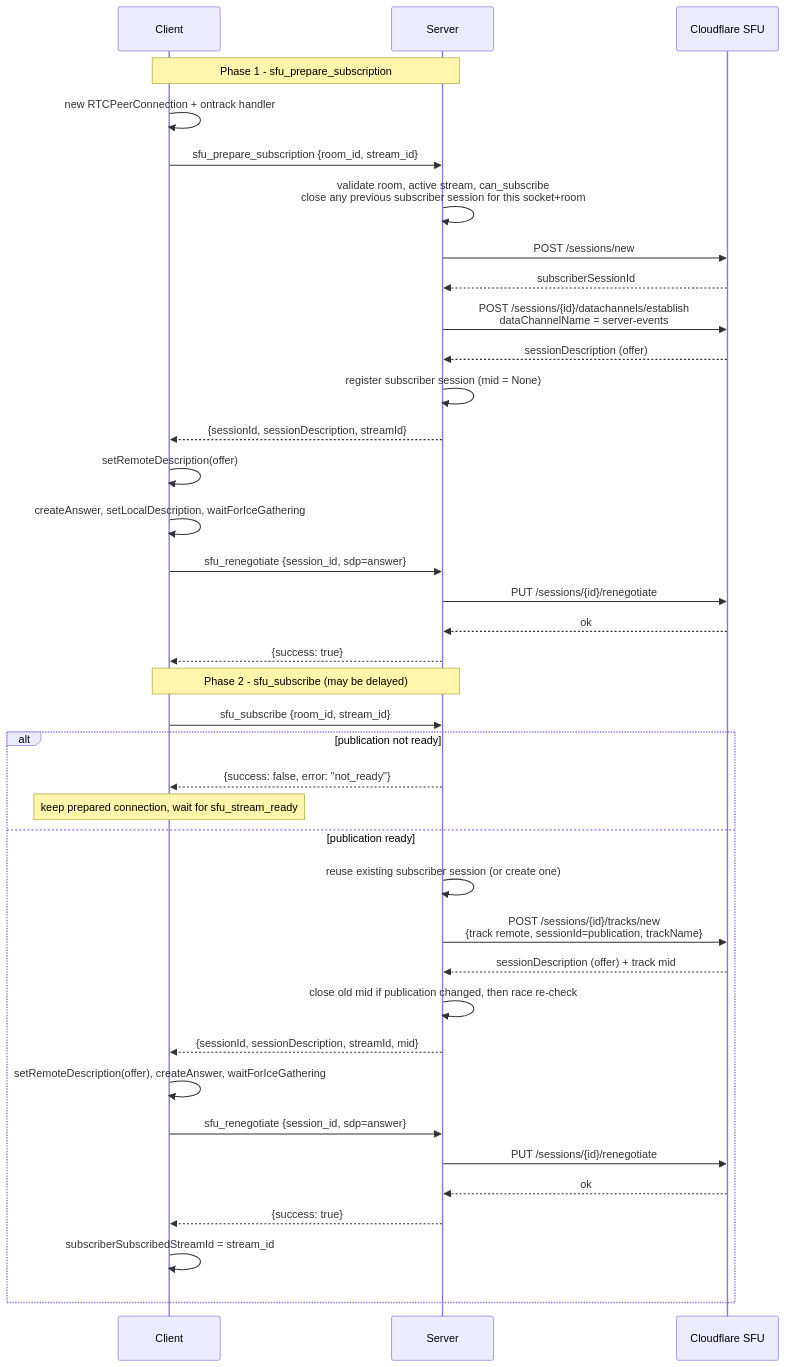
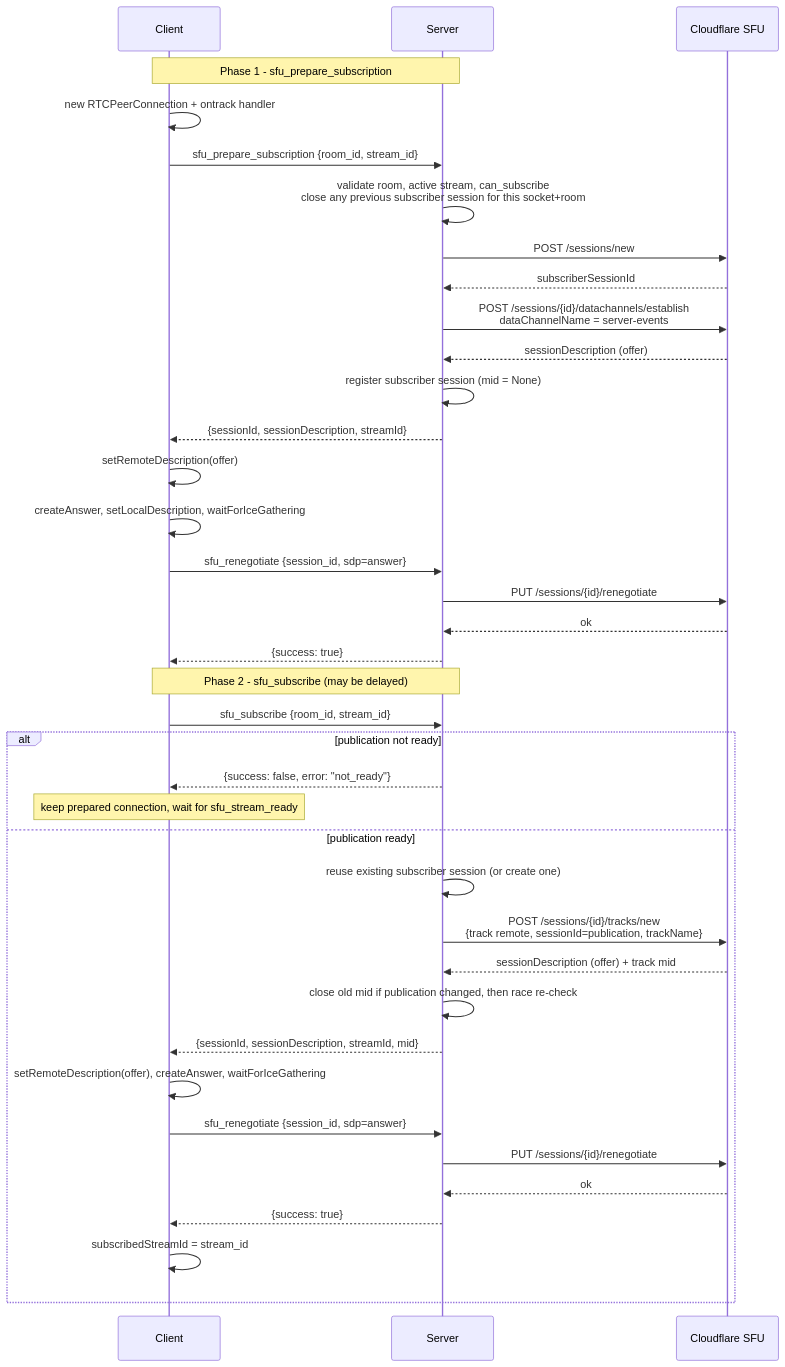
Before and after one commit to SmBe19/spark: the sixth of 6 diagrams in docs/webrtc.md, drawn with Mermaid. The commit also changed other lines of this file and 17 other files, not shown here.

````diff
--- a/docs/webrtc.md
+++ b/docs/webrtc.md
@@ -236,42 +239,42 @@
 ```mermaid
 sequenceDiagram
   participant C as Client
   participant S as Server
   participant F as Cloudflare SFU
 
   Note over C,S: Phase 1 - sfu_prepare_subscription
   C->>C: new RTCPeerConnection + ontrack handler
   C->>S: sfu_prepare_subscription {room_id, stream_id}
   S->>S: validate room, active stream, can_subscribe<br/>close any previous subscriber session for this socket+room
   S->>F: POST /sessions/new
   F-->>S: subscriberSessionId
   S->>F: POST /sessions/{id}/datachannels/establish<br/>dataChannelName = server-events
   F-->>S: sessionDescription (offer)
   S->>S: register subscriber session (mid = None)
   S-->>C: {sessionId, sessionDescription, streamId}
   C->>C: setRemoteDescription(offer)
   C->>C: createAnswer, setLocalDescription, waitForIceGathering
   C->>S: sfu_renegotiate {session_id, sdp=answer}
   S->>F: PUT /sessions/{id}/renegotiate
   F-->>S: ok
   S-->>C: {success: true}
 
   Note over C,S: Phase 2 - sfu_subscribe (may be delayed)
   C->>S: sfu_subscribe {room_id, stream_id}
   alt publication not ready
     S-->>C: {success: false, error: "not_ready"}
     Note over C: keep prepared connection, wait for sfu_stream_ready
   else publication ready
     S->>S: reuse existing subscriber session (or create one)
     S->>F: POST /sessions/{id}/tracks/new<br/>{track remote, sessionId=publication, trackName}
     F-->>S: sessionDescription (offer) + track mid
     S->>S: close old mid if publication changed, then race re-check
     S-->>C: {sessionId, sessionDescription, streamId, mid}
     C->>C: setRemoteDescription(offer), createAnswer, waitForIceGathering
     C->>S: sfu_renegotiate {session_id, sdp=answer}
     S->>F: PUT /sessions/{id}/renegotiate
     F-->>S: ok
     S-->>C: {success: true}
-    C->>C: subscriberSubscribedStreamId = stream_id
+    C->>C: subscribedStreamId = stream_id
   end
 ```
````
